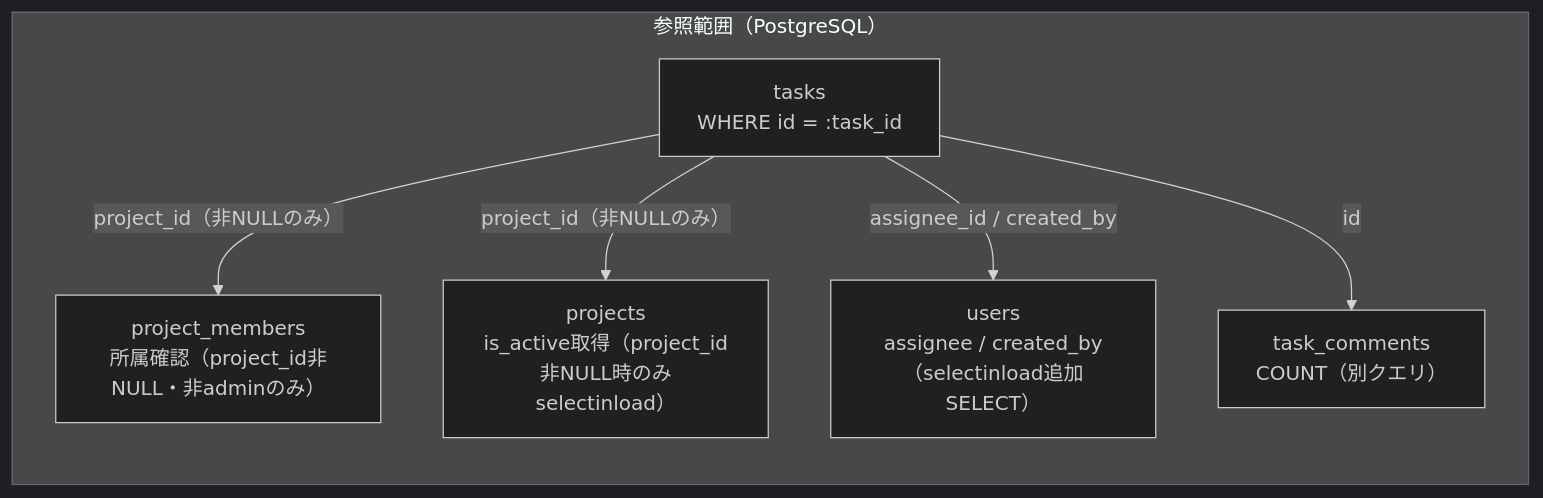
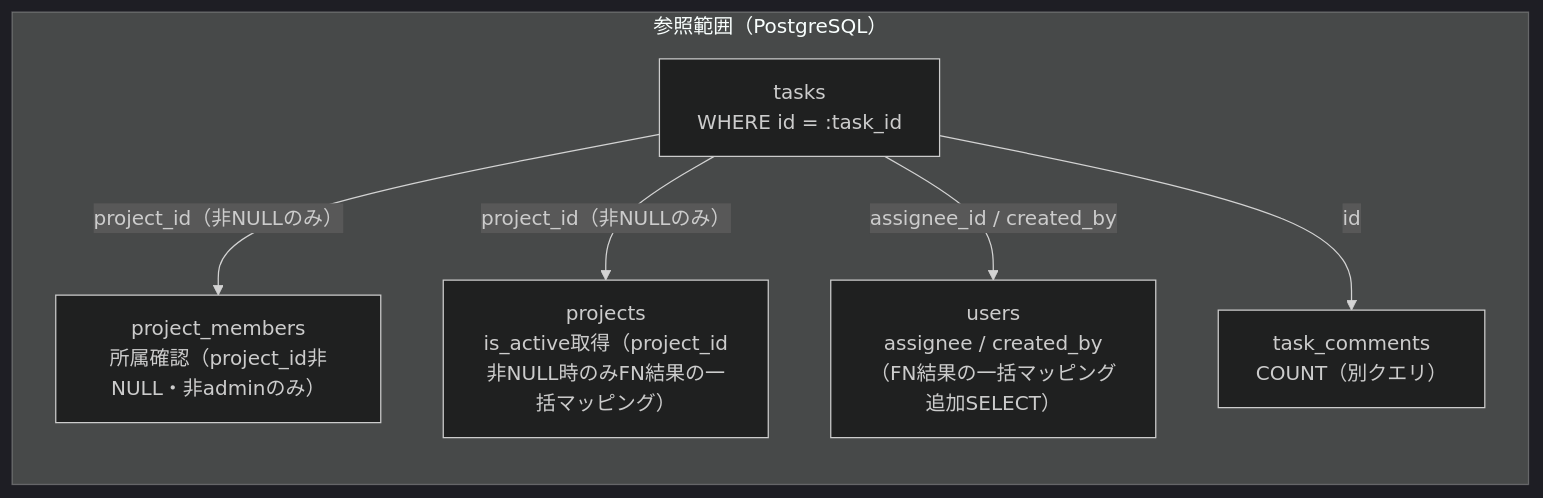
One commit to oikawa-d/task_management changed the fourth of 4 diagrams in detailed_design/api/tasks/03_get_task.md. Above: the diagram before and after it, drawn with Mermaid (dark theme). The commit also changed other lines of this file and 58 other files, not shown here.

````diff
--- a/detailed_design/api/tasks/03_get_task.md
+++ b/detailed_design/api/tasks/03_get_task.md
@@ -216,14 +216,14 @@
 ```mermaid
 flowchart LR
     subgraph read["参照範囲（PostgreSQL）"]
         T["tasks<br/>WHERE id = :task_id"]
-        U["users<br/>assignee / created_by（selectinload追加SELECT）"]
-        P["projects<br/>is_active取得（project_id非NULL時のみselectinload）"]
+        U["users<br/>assignee / created_by（FN結果の一括マッピング追加SELECT）"]
+        P["projects<br/>is_active取得（project_id非NULL時のみFN結果の一括マッピング）"]
         PM["project_members<br/>所属確認（project_id非NULL・非adminのみ）"]
         C["task_comments<br/>COUNT（別クエリ）"]
     end
     T -->|"project_id（非NULLのみ）"| PM
     T -->|"project_id（非NULLのみ）"| P
     T -->|"assignee_id / created_by"| U
     T -->|"id"| C
 ```
````
